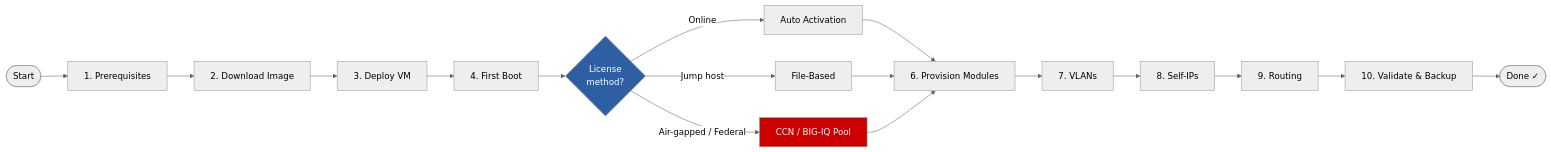
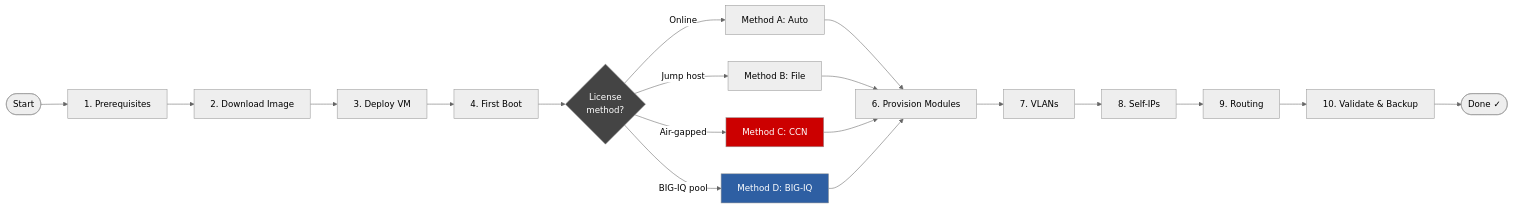
The diagram in README.md (jmack707/bigip-ve-getting-started), drawn with Mermaid (neutral theme) before and after one commit. The commit also changed other lines of this file and 14 other files, not shown here.

````diff
--- a/README.md
+++ b/README.md
@@ -17,22 +17,25 @@
 ```mermaid
 flowchart LR
     A([Start]) --> B[1. Prerequisites]
     B --> C[2. Download Image]
     C --> D[3. Deploy VM]
     D --> E[4. First Boot]
     E --> F{License\nmethod?}
-    F -->|Online| G[Auto Activation]
-    F -->|Jump host| H[File-Based]
-    F -->|Air-gapped / Federal| I[CCN / BIG-IQ Pool]
-    G --> J[6. Provision Modules]
-    H --> J
-    I --> J
-    J --> K[7. VLANs]
-    K --> L[8. Self-IPs]
-    L --> M[9. Routing]
-    M --> N[10. Validate & Backup]
-    N --> O([Done ✓])
+    F -->|Online| G[Method A: Auto]
+    F -->|Jump host| H[Method B: File]
+    F -->|Air-gapped| I[Method C: CCN]
+    F -->|BIG-IQ pool| J[Method D: BIG-IQ]
+    G --> K[6. Provision Modules]
+    H --> K
+    I --> K
+    J --> K
+    K --> L[7. VLANs]
+    L --> M[8. Self-IPs]
+    M --> N[9. Routing]
+    N --> O[10. Validate & Backup]
+    O --> P([Done ✓])
 
     style I fill:#c00,color:#fff
-    style F fill:#2E5FA3,color:#fff
+    style J fill:#2E5FA3,color:#fff
+    style F fill:#444,color:#fff
 ```
````
